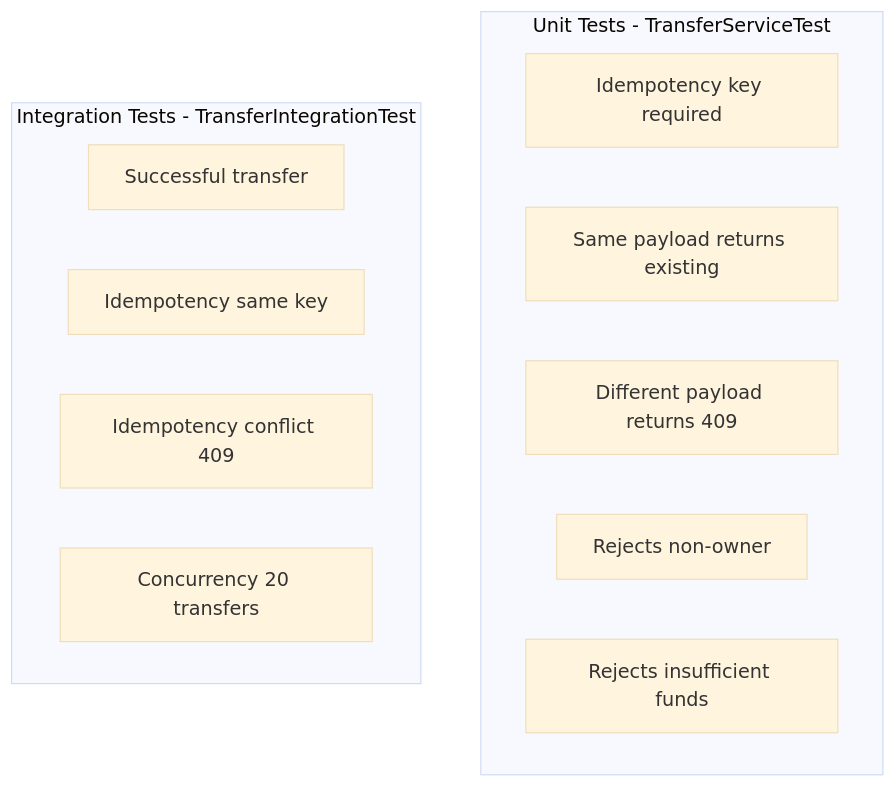
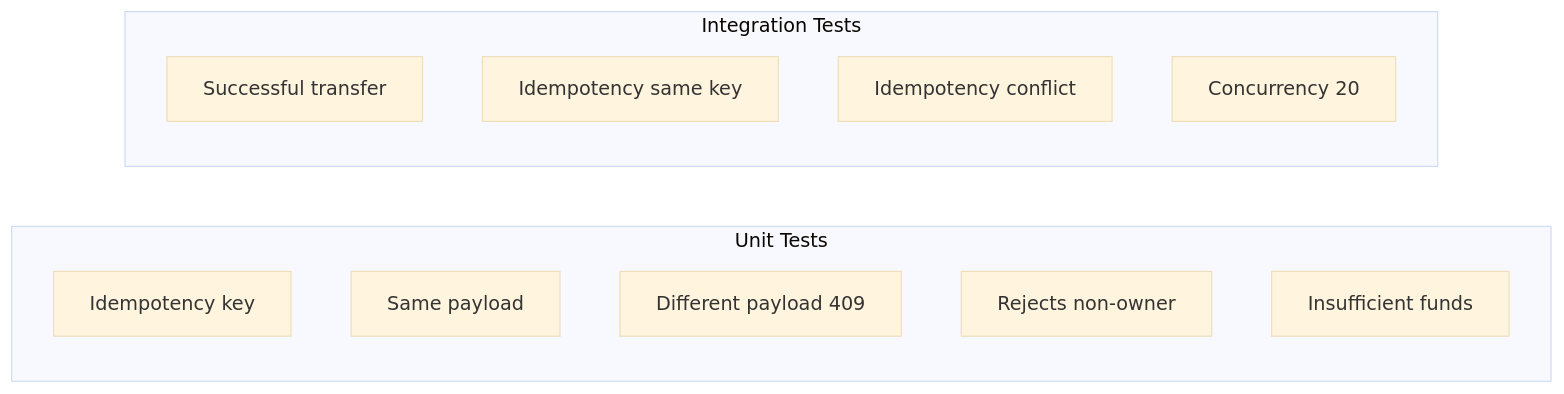
The seventh of 7 diagrams in README.md (shotaroi/Mini-Core-Banking-System), drawn with Mermaid (base theme) before and after one commit. The commit also changed other lines of this file, not shown here.

Commit message:
Update README.md to improve clarity of testing sections and adjust formatting for unit and integration tests.

````diff
--- a/README.md
+++ b/README.md
@@ -369,17 +369,17 @@
 ```mermaid
-graph TD
-    subgraph Unit[Unit Tests - TransferServiceTest]
-        U1[Idempotency key required]
-        U2[Same payload returns existing]
-        U3[Different payload returns 409]
+graph LR
+    subgraph Unit["Unit Tests"]
+        U1[Idempotency key]
+        U2[Same payload]
+        U3[Different payload 409]
         U4[Rejects non-owner]
-        U5[Rejects insufficient funds]
+        U5[Insufficient funds]
     end
 
-    subgraph Int[Integration Tests - TransferIntegrationTest]
+    subgraph Int["Integration Tests"]
         I1[Successful transfer]
         I2[Idempotency same key]
-        I3[Idempotency conflict 409]
-        I4[Concurrency 20 transfers]
+        I3[Idempotency conflict]
+        I4[Concurrency 20]
     end
 ```
````
